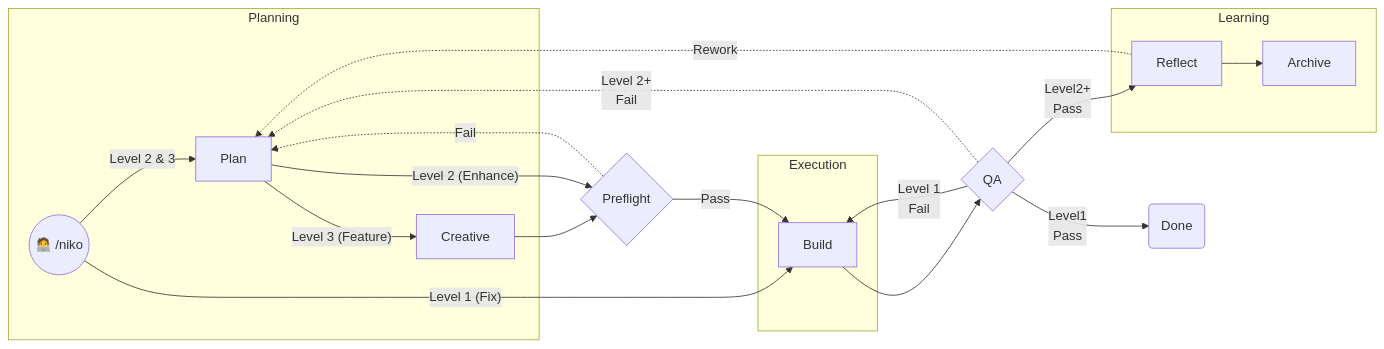
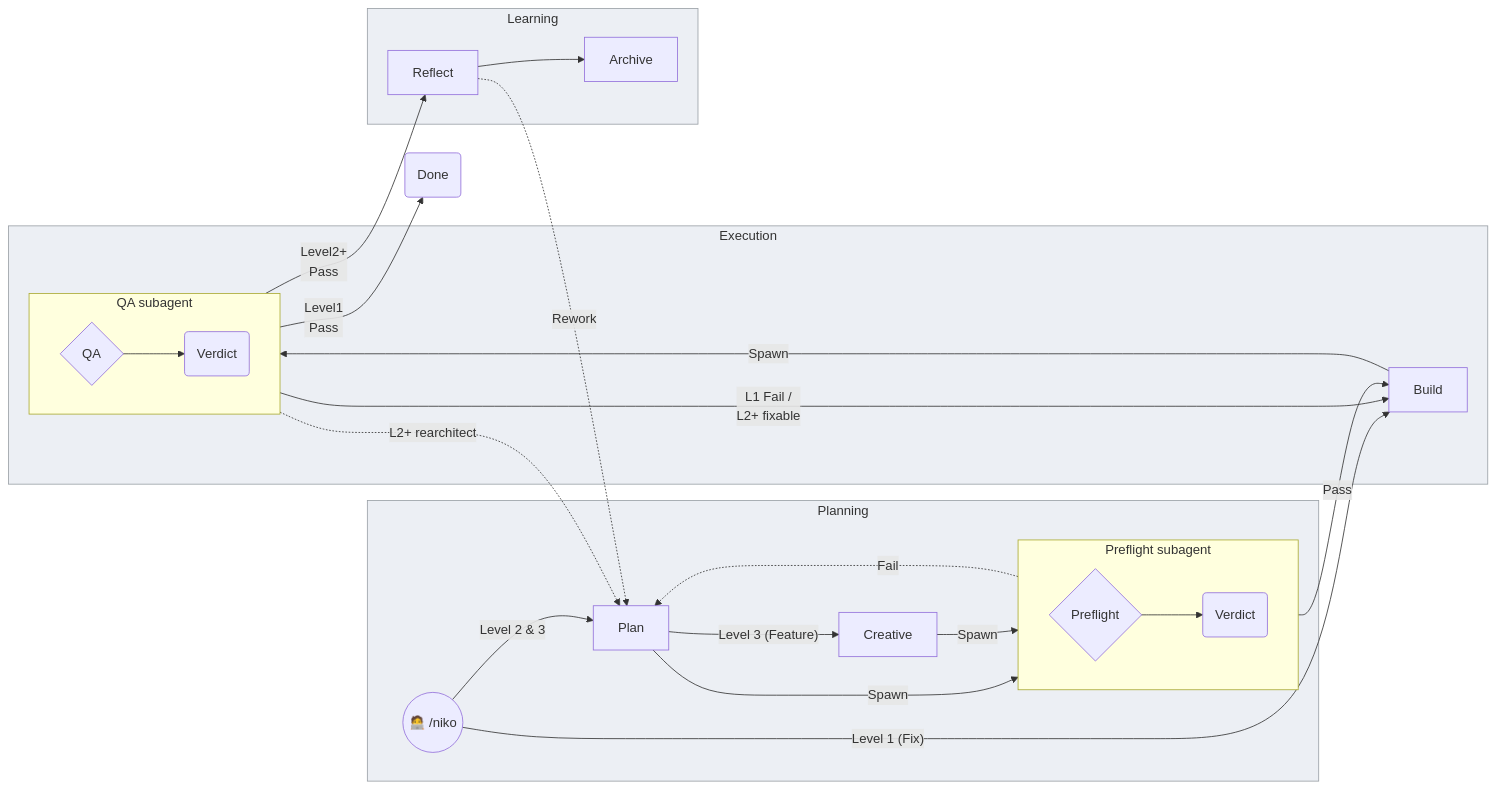
One commit to Texarkanine/.cursor-rules changed the second of 6 diagrams in rulesets/niko/README.md. Above: the diagram before and after it, drawn with Mermaid. The commit also changed other lines of this file and 27 other files, not shown here.

Commit message:
feat(niko): spawn verification subagents for preflight and QA (#108)

````diff
--- a/rulesets/niko/README.md
+++ b/rulesets/niko/README.md
@@ -85,45 +93,45 @@
 ```mermaid
 flowchart LR
-
-	%% Nodes
 	Niko(("🧑‍💻 /niko"))
-	Plan["Plan"]
-	Creative["Creative"]
-	Preflight{"Preflight"}
-	QA{"QA"}
 	Archive["Archive"]
 
-	%% Paths
 	subgraph Planning
-        Niko -- "Level 2 & 3" --> Plan
-
-        Plan -- "Level 3 (Feature)" --> Creative
-
-        
+		Plan["Plan"]
+		Creative["Creative"]
+		Niko -- "Level 2 & 3" --> Plan
+		Plan -- "Level 3 (Feature)" --> Creative
+		Plan --Spawn--> NikoPreflight
+		Creative --Spawn--> NikoPreflight
+		subgraph PreflightSubagent["Preflight subagent"]
+			direction LR
+			NikoPreflight{"Preflight"} --> PreflightVerdict("Verdict")
+		end
+		PreflightVerdict -.->|"Fail"| Plan
 	end
 
-    Creative --> Preflight
-    Niko -- "Level 1 (Fix)" --> Build
-    Plan -- "Level 2 (Enhance)" --> Preflight
-
-	Preflight -->|"Pass"| Build
-    Preflight -.->|"Fail"| Plan
+	Niko -- "Level 1 (Fix)" --> Build
+	PreflightVerdict -->|"Pass"| Build
 
 	subgraph Execution
-        Build["Build"]
+		Build["Build"]
+		Build --Spawn--> NikoQA
+		subgraph QASubagent["QA subagent"]
+			direction LR
+			NikoQA{"QA"} --> QAVerdict("Verdict")
+		end
 	end
 
-    Build --> QA
-    
-	QA -->|"Level 1<br>Fail"| Build
-    QA -.->|"Level 2+<br>Fail"| Plan
-	QA -->|"Level1<br>Pass"| Done("Done")
-    QA -->|"Level2+<br>Pass"| Reflect
-	
+	QAVerdict -->|"L1 Fail /<br>L2+ fixable"| Build
+	QAVerdict -.->|"L2+ rearchitect"| Plan
+	QAVerdict -->|"Level1<br>Pass"| Done("Done")
+	QAVerdict -->|"Level2+<br>Pass"| Reflect
+
 	subgraph Learning
-        Reflect["Reflect"]
-        Reflect -.->|"Rework"| Plan
+		Reflect["Reflect"]
+		Reflect -.->|"Rework"| Plan
+		Reflect --> Archive
+	end
 
-        Reflect --> Archive
-	end
+	classDef ideology fill:#eceff4,stroke:#9aa0a6,color:#333
+	class Planning,Execution,Learning ideology
 ```
````
